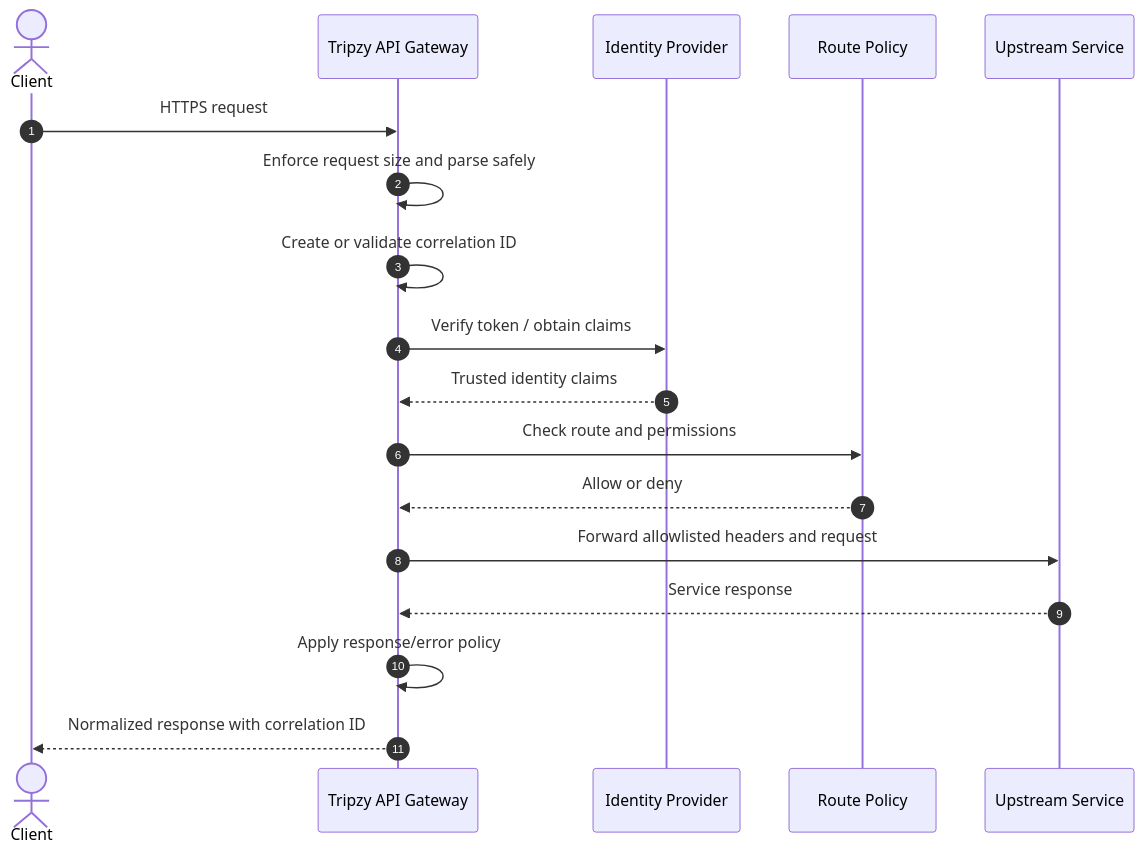
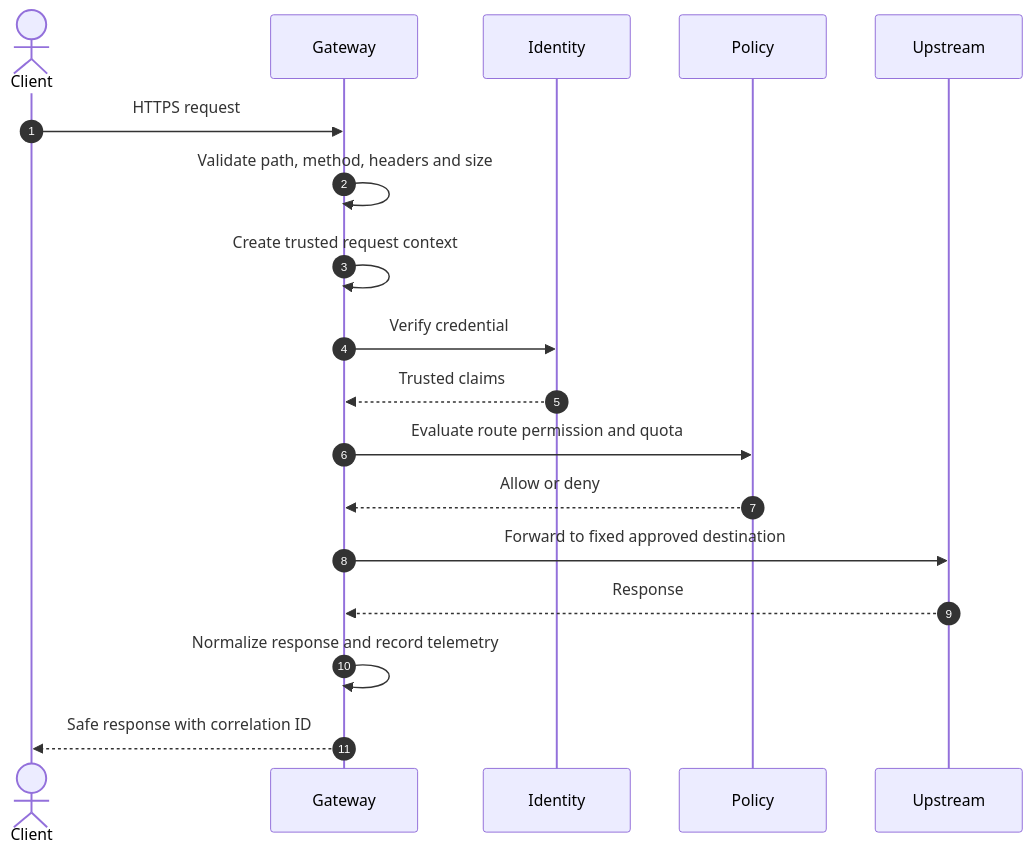
The second of 2 diagrams in README.md (Brajesh31/API-Gateway-Tripzy), drawn with Mermaid before and after one commit. The commit also changed other lines of this file, not shown here.

````diff
--- a/README.md
+++ b/README.md
@@ -83,20 +104,20 @@
 ```mermaid
 sequenceDiagram
-    autonumber
-    actor Client
-    participant Gateway as Tripzy API Gateway
-    participant Identity as Identity Provider
-    participant Policy as Route Policy
-    participant Service as Upstream Service
-    Client->>Gateway: HTTPS request
-    Gateway->>Gateway: Enforce request size and parse safely
-    Gateway->>Gateway: Create or validate correlation ID
-    Gateway->>Identity: Verify token / obtain claims
-    Identity-->>Gateway: Trusted identity claims
-    Gateway->>Policy: Check route and permissions
-    Policy-->>Gateway: Allow or deny
-    Gateway->>Service: Forward allowlisted headers and request
-    Service-->>Gateway: Service response
-    Gateway->>Gateway: Apply response/error policy
-    Gateway-->>Client: Normalized response with correlation ID
+  autonumber
+  actor Client
+  participant Gateway
+  participant Identity
+  participant Policy
+  participant Upstream
+  Client->>Gateway: HTTPS request
+  Gateway->>Gateway: Validate path, method, headers and size
+  Gateway->>Gateway: Create trusted request context
+  Gateway->>Identity: Verify credential
+  Identity-->>Gateway: Trusted claims
+  Gateway->>Policy: Evaluate route permission and quota
+  Policy-->>Gateway: Allow or deny
+  Gateway->>Upstream: Forward to fixed approved destination
+  Upstream-->>Gateway: Response
+  Gateway->>Gateway: Normalize response and record telemetry
+  Gateway-->>Client: Safe response with correlation ID
 ```
````
